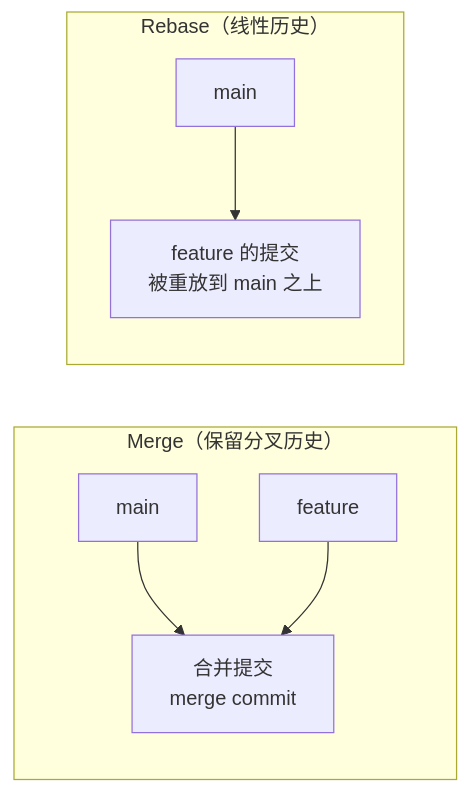
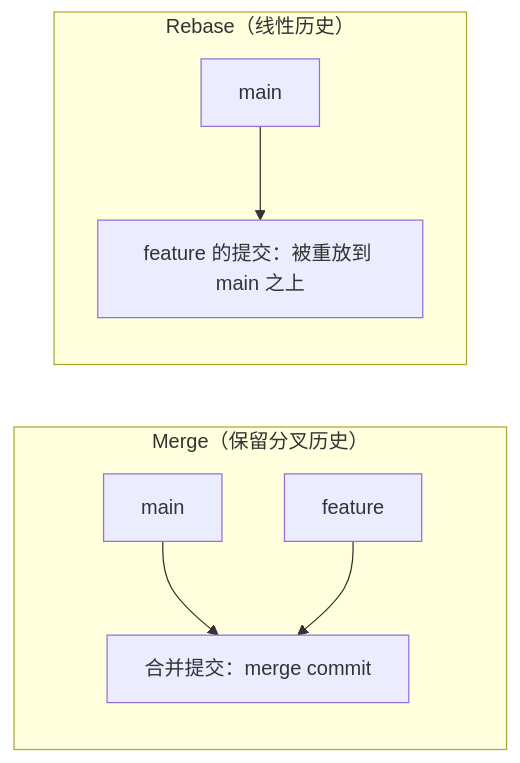
Before and after one commit to zerioo1970/summary: the fifth of 22 diagrams in GitLab-完整使用指南.md, drawn with Mermaid. The commit also changed other lines of this file, not shown here.

Commit message:
docs: 提升 Mermaid 兼容性（flowchart→graph, <br/>→单行），适配旧版渲染器

````diff
--- a/GitLab-完整使用指南.md
+++ b/GitLab-完整使用指南.md
@@ -794,10 +794,10 @@
 ```mermaid
-flowchart LR
+graph LR
     subgraph Merge["Merge（保留分叉历史）"]
-        m1["main"] --> mm["合并提交<br/>merge commit"]
+        m1["main"] --> mm["合并提交：merge commit"]
         f["feature"] --> mm
     end
     subgraph Rebase["Rebase（线性历史）"]
-        r1["main"] --> r2["feature 的提交<br/>被重放到 main 之上"]
+        r1["main"] --> r2["feature 的提交：被重放到 main 之上"]
     end
 ```
````
